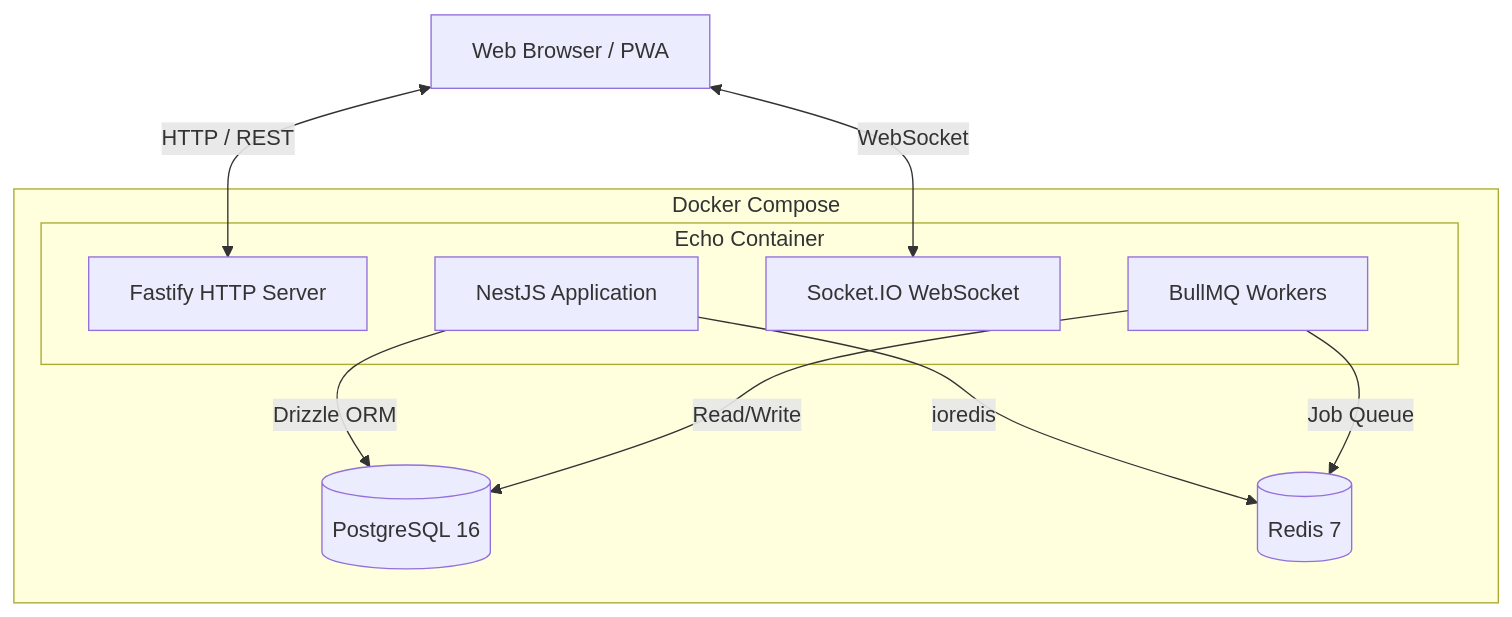
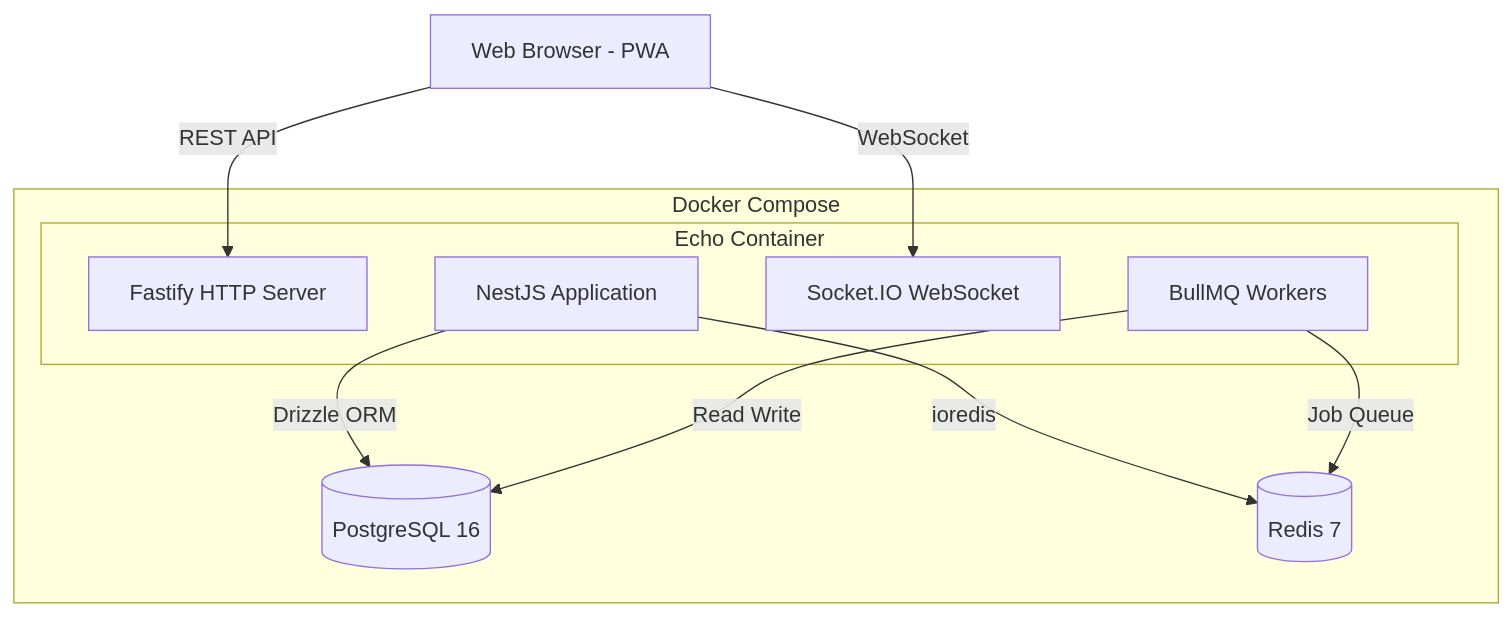
Before and after one commit to Alexzafra13/echo: the first of 8 diagrams in docs/architecture.md, drawn with Mermaid. The commit also changed other lines of this file, not shown here.

First line of the commit message:
fix(docs): fix Mermaid syntax for GitHub rendering

````diff
--- a/docs/architecture.md
+++ b/docs/architecture.md
@@ -5,22 +5,22 @@
 ```mermaid
 graph TB
-    Client[Web Browser / PWA]
+    Client["Web Browser - PWA"]
 
     subgraph Docker["Docker Compose"]
         subgraph Echo["Echo Container"]
-            Fastify[Fastify HTTP Server]
-            NestJS[NestJS Application]
-            WS[Socket.IO WebSocket]
-            BullWorker[BullMQ Workers]
+            Fastify["Fastify HTTP Server"]
+            NestJS["NestJS Application"]
+            WSock["Socket.IO WebSocket"]
+            BullWorker["BullMQ Workers"]
         end
-        PG[(PostgreSQL 16)]
-        Redis[(Redis 7)]
+        PG[("PostgreSQL 16")]
+        RD[("Redis 7")]
     end
 
-    Client <-->|HTTP / REST| Fastify
-    Client <-->|WebSocket| WS
+    Client -->|REST API| Fastify
+    Client -->|WebSocket| WSock
     NestJS -->|Drizzle ORM| PG
-    NestJS -->|ioredis| Redis
-    BullWorker -->|Job Queue| Redis
-    BullWorker -->|Read/Write| PG
+    NestJS -->|ioredis| RD
+    BullWorker -->|Job Queue| RD
+    BullWorker -->|Read Write| PG
 ```
````
